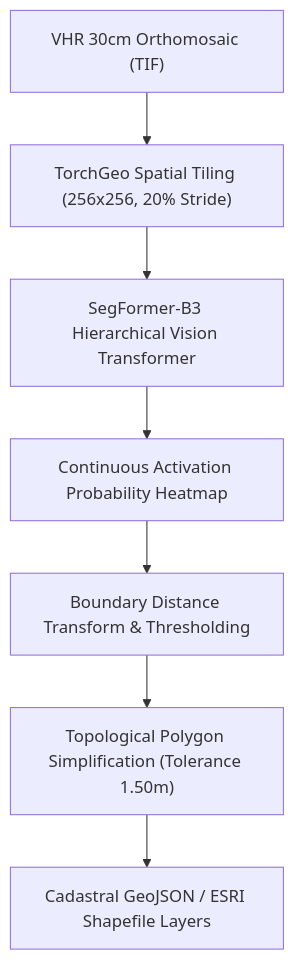
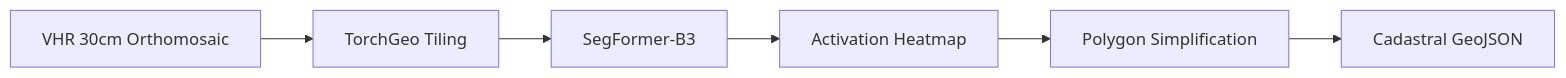
Before and after one commit to Emmanuel-Yerbo/GEOAI: the diagram in 03_Building_Extraction/README.md, drawn with Mermaid. The commit also changed 50 other files, not shown here.

````diff
--- a/03_Building_Extraction/README.md
+++ b/03_Building_Extraction/README.md
@@ -45,9 +45,4 @@
 ```mermaid
-flowchart TD
-    A["VHR 30cm Orthomosaic (TIF)"] --> B["TorchGeo Spatial Tiling (256x256, 20% Stride)"]
-    B --> C["SegFormer-B3 Hierarchical Vision Transformer"]
-    C --> D["Continuous Activation Probability Heatmap"]
-    D --> E["Boundary Distance Transform & Thresholding"]
-    E --> F["Topological Polygon Simplification (Tolerance 1.50m)"]
-    F --> G["Cadastral GeoJSON / ESRI Shapefile Layers"]
+flowchart LR
+    A["VHR 30cm Orthomosaic"] --> B["TorchGeo Tiling"] --> C["SegFormer-B3"] --> D["Activation Heatmap"] --> E["Polygon Simplification"] --> F["Cadastral GeoJSON"]
 ```
````
